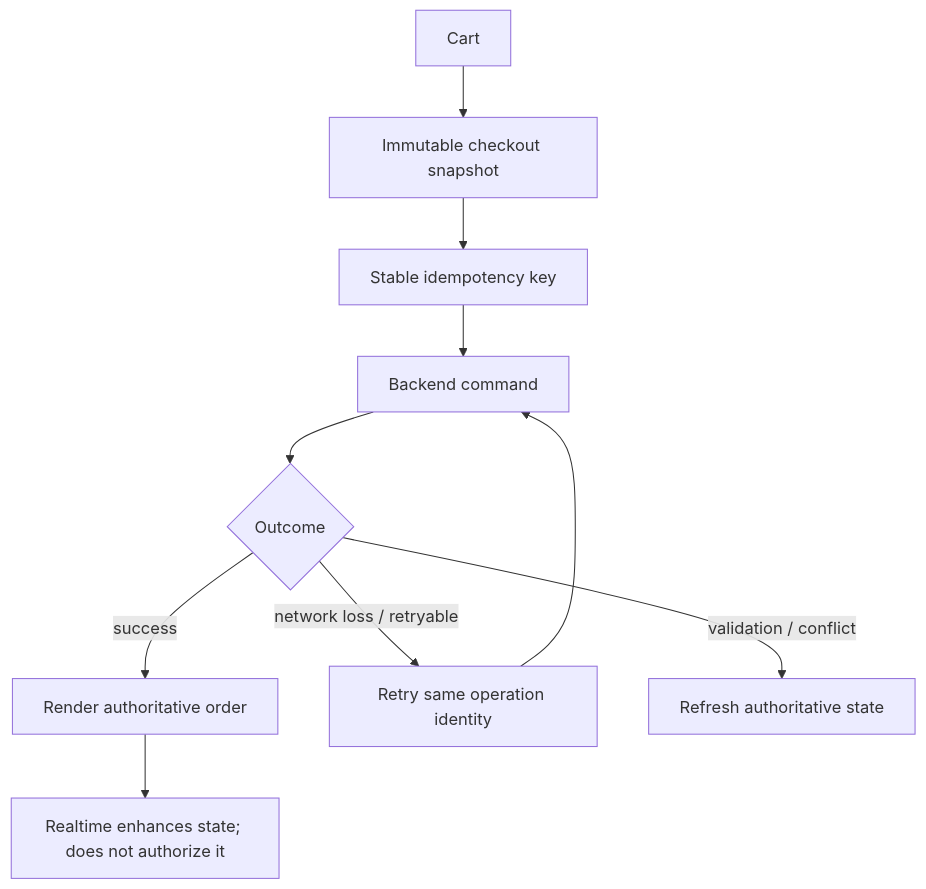
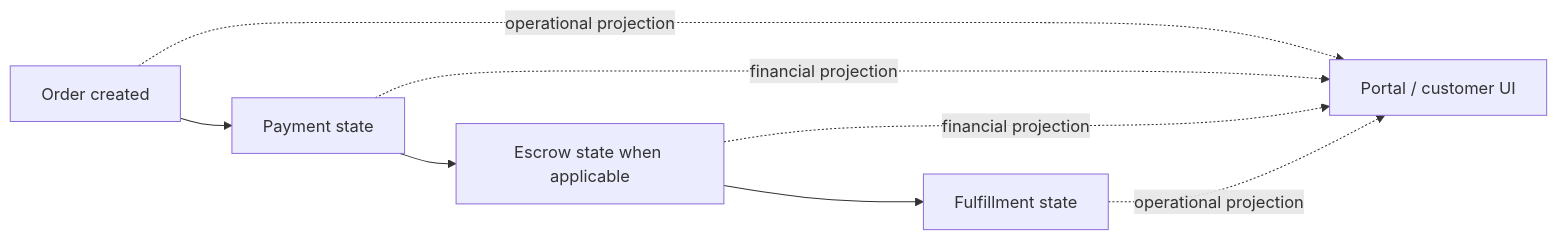
Before and after one commit to AzamanLTD/AZM-Planning: the third of 3 diagrams in deep-dives/checkout-economic-operation.md, drawn with Mermaid. The commit also changed other lines of this file, not shown here.

Commit message:
docs: record checkout operation lifecycle findings

````diff
--- a/deep-dives/checkout-economic-operation.md
+++ b/deep-dives/checkout-economic-operation.md
@@ -77,12 +90,10 @@
 ```mermaid
-flowchart TD
-    A[Cart] --> B[Immutable checkout snapshot]
-    B --> C[Stable idempotency key]
-    C --> D[Backend command]
-    D --> E{Outcome}
-    E -->|success| F[Render authoritative order]
-    E -->|network loss / retryable| G[Retry same operation identity]
-    E -->|validation / conflict| H[Refresh authoritative state]
-    G --> D
-    F --> I[Realtime enhances state; does not authorize it]
+flowchart LR
+    A[Order created] --> B[Payment state]
+    B --> C[Escrow state when applicable]
+    C --> D[Fulfillment state]
+    A -. operational projection .-> E[Portal / customer UI]
+    B -. financial projection .-> E
+    C -. financial projection .-> E
+    D -. operational projection .-> E
 ```
````
